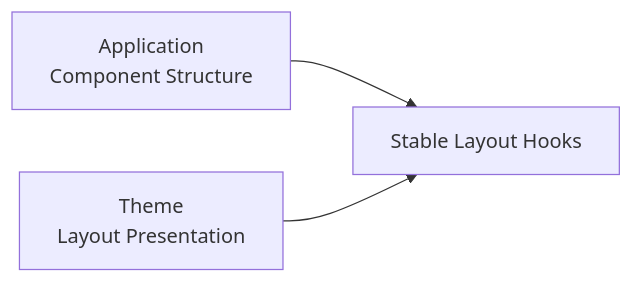
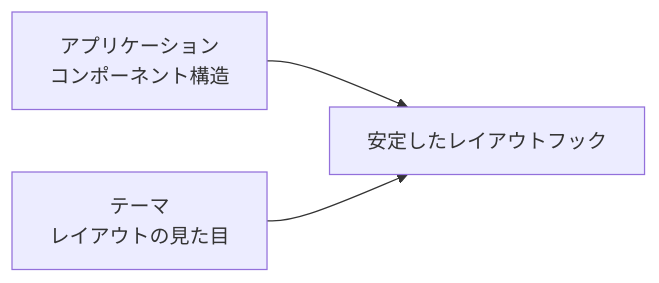
One commit to Rerurate514/riebeckite changed the fourth of 10 diagrams in docs/docs/reference/theme-api.ja.md. Above: the diagram before and after it, drawn with Mermaid. The commit also changed other lines of this file and 310 other files, not shown here.

````diff
--- a/docs/docs/reference/theme-api.ja.md
+++ b/docs/docs/reference/theme-api.ja.md
@@ -337,9 +291,9 @@
 ```mermaid id="9k8dq8"
 flowchart LR
-    App["Application<br/>Component Structure"]
-    Hook["Stable Layout Hooks"]
-    Theme["Theme<br/>Layout Presentation"]
+    App["アプリケーション<br/>コンポーネント構造"]
+    Hook["安定したレイアウトフック"]
+    Theme["テーマ<br/>レイアウトの見た目"]
 
     App --> Hook
     Theme --> Hook
 ```
````
